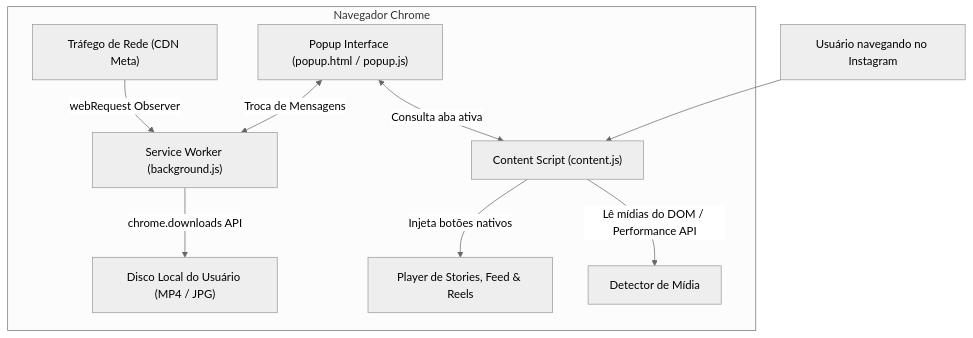
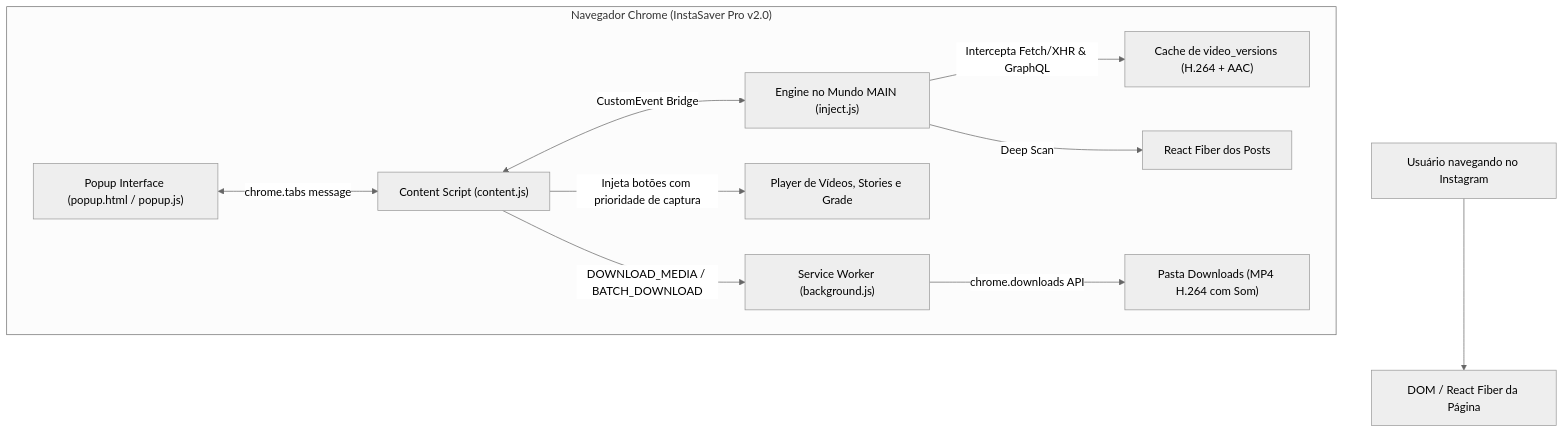
Before and after one commit to DLMIDIA/instasaver-pro: the diagram in README.md, drawn with Mermaid (neutral theme). The commit also changed other lines of this file and 9 other files, not shown here.

Commit message:
release: v2.0.0 - complete architecture rewrite with in-page H.264 + AAC extraction and profile batch download

````diff
--- a/README.md
+++ b/README.md
@@ -63,16 +64,18 @@
 ```mermaid
 flowchart TD
-    User["Usuário navegando no Instagram"] --> ContentScript["Content Script (content.js)"]
+    User["Usuário navegando no Instagram"] --> DOM["DOM / React Fiber da Página"]
     
-    subgraph Browser["Navegador Chrome"]
-        ContentScript -->|"Injeta botões nativos"| UI["Player de Stories, Feed & Reels"]
-        ContentScript -->|"Lê mídias do DOM / Performance API"| MediaDetection["Detector de Mídia"]
+    subgraph Browser["Navegador Chrome (InstaSaver Pro v2.0)"]
+        InjectEngine["Engine no Mundo MAIN (inject.js)"]
+        InjectEngine -->|"Intercepta Fetch/XHR & GraphQL"| Store["Cache de video_versions (H.264 + AAC)"]
+        InjectEngine -->|"Deep Scan"| ReactFiber["React Fiber dos Posts"]
         
-        Network["Tráfego de Rede (CDN Meta)"] -->|"webRequest Observer"| Background["Service Worker (background.js)"]
+        ContentScript["Content Script (content.js)"] <-->|"CustomEvent Bridge"| InjectEngine
+        ContentScript -->|"Injeta botões com prioridade de captura"| UI["Player de Vídeos, Stories e Grade"]
         
-        Popup["Popup Interface (popup.html / popup.js)"] <-->|"Troca de Mensagens"| Background
-        Popup <-->|"Consulta aba ativa"| ContentScript
+        Popup["Popup Interface (popup.html / popup.js)"] <-->|"chrome.tabs message"| ContentScript
         
-        Background -->|"chrome.downloads API"| FileSystem["Disco Local do Usuário (MP4 / JPG)"]
+        ContentScript -->|"DOWNLOAD_MEDIA / BATCH_DOWNLOAD"| Background["Service Worker (background.js)"]
+        Background -->|"chrome.downloads API"| FileSystem["Pasta Downloads (MP4 H.264 com Som)"]
     end
 ```
````
